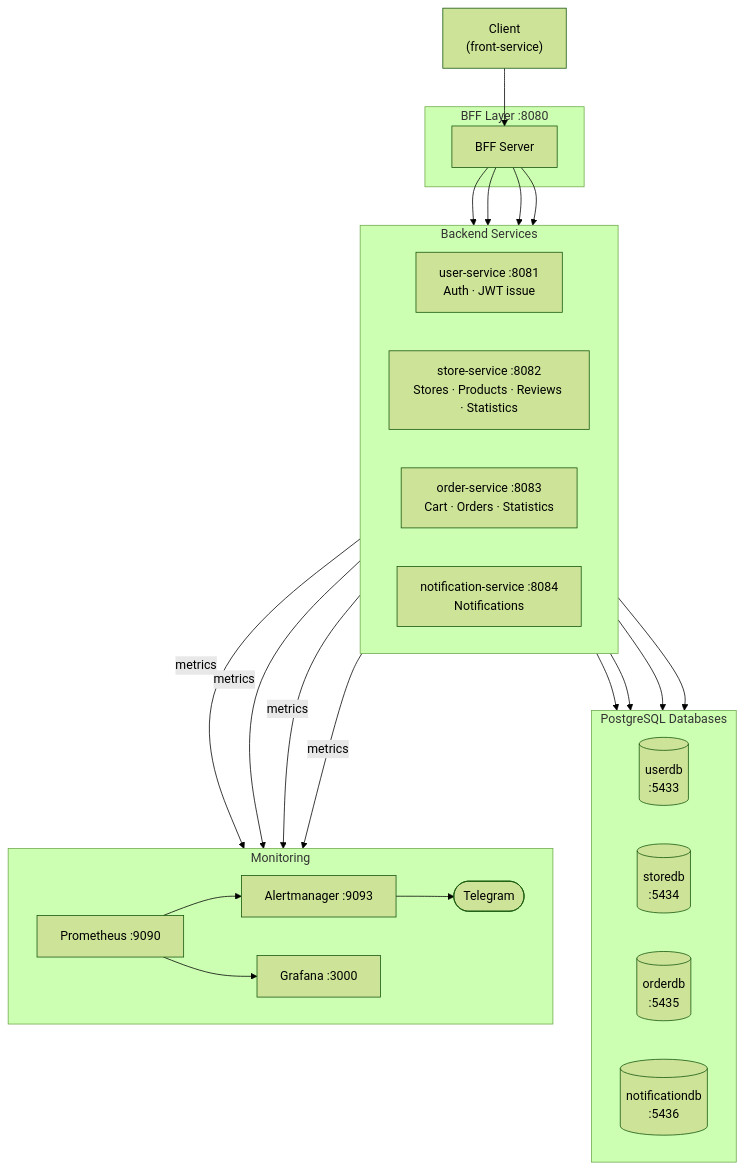
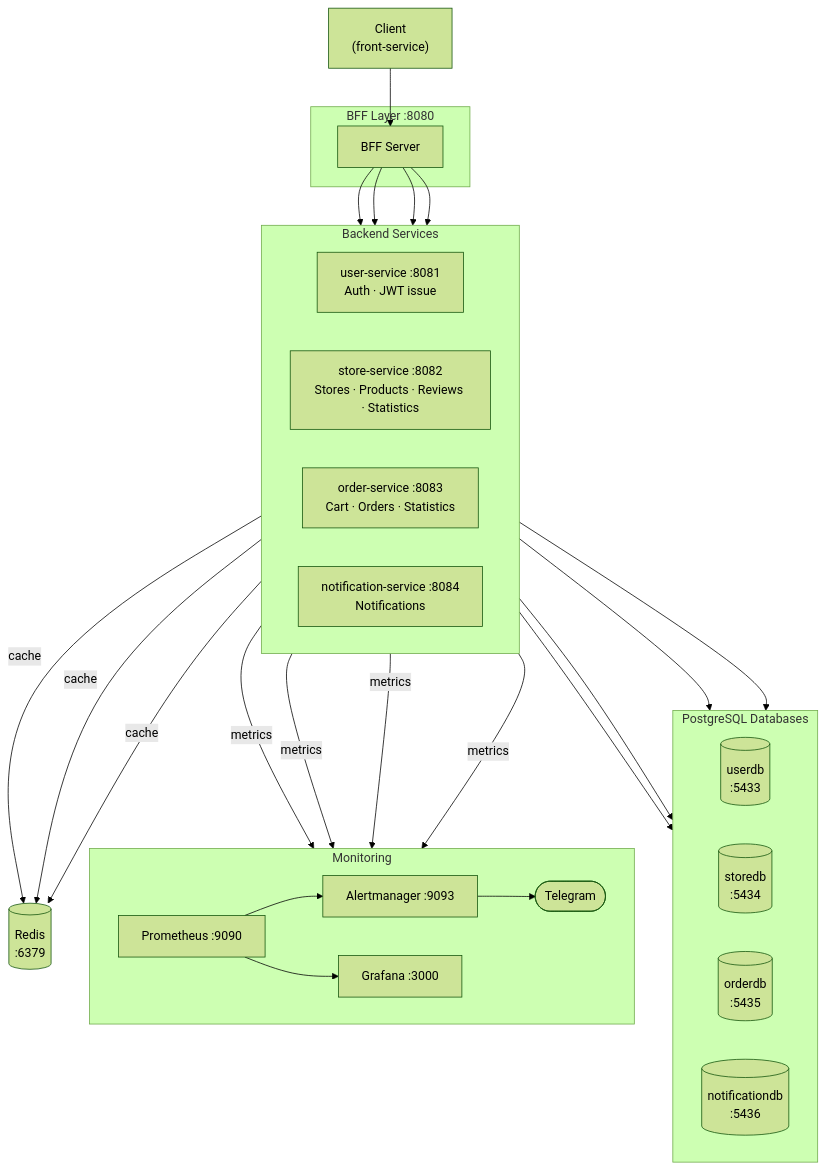
Before and after one commit to proLmpa/Deliprac: the first of 7 diagrams in README.md, drawn with Mermaid (forest theme). The commit also changed other lines of this file and 15 other files, not shown here.

````diff
--- a/README.md
+++ b/README.md
@@ -10,40 +10,44 @@
 ```mermaid
 flowchart TB
     C["Client\n(front-service)"]
 
     subgraph bff ["BFF Layer :8080"]
         BFF["BFF Server"]
     end
 
     subgraph svc ["Backend Services"]
         direction LR
         US["user-service :8081\nAuth · JWT issue"]
         SS["store-service :8082\nStores · Products · Reviews · Statistics"]
         OS["order-service :8083\nCart · Orders · Statistics"]
         NS["notification-service :8084\nNotifications"]
     end
 
     subgraph db ["PostgreSQL Databases"]
         direction LR
         UD[("userdb\n:5433")]
         SD[("storedb\n:5434")]
         OD[("orderdb\n:5435")]
         ND[("notificationdb\n:5436")]
     end
 
+    RD[("Redis\n:6379")]
+
     subgraph mon ["Monitoring"]
         direction LR
         PR["Prometheus :9090"] --> AM["Alertmanager :9093"] --> TG(["Telegram"])
         PR --> GF["Grafana :3000"]
     end
 
     C --> BFF
     BFF --> US & SS & OS & NS
 
     US --> UD
     SS --> SD
     OS --> OD
     NS --> ND
 
+    SS & OS & NS -->|cache| RD
+
     US & SS & OS & NS -->|metrics| PR
 ```
````
